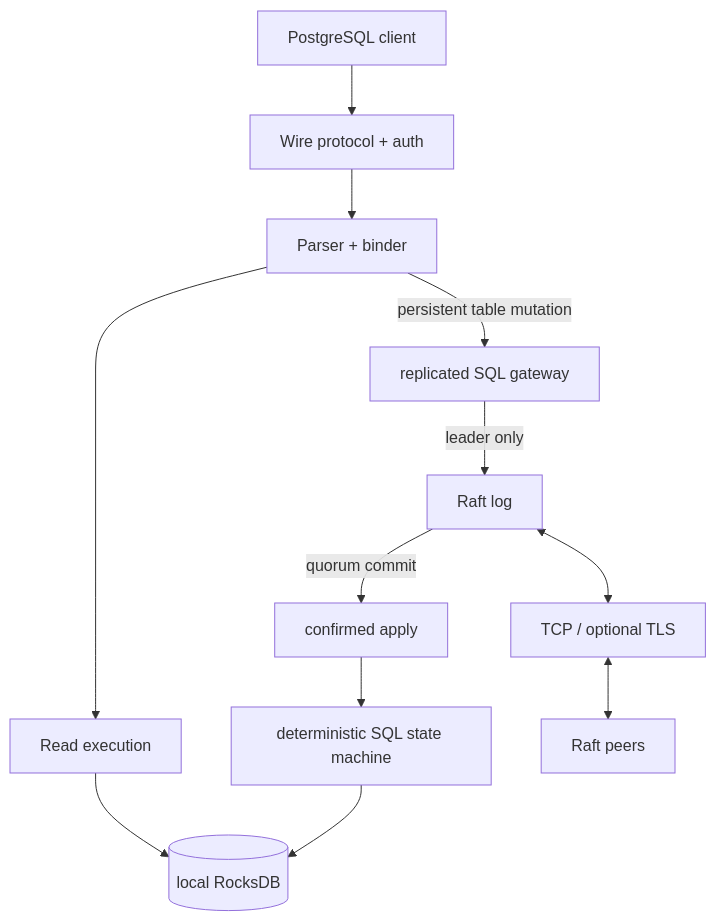
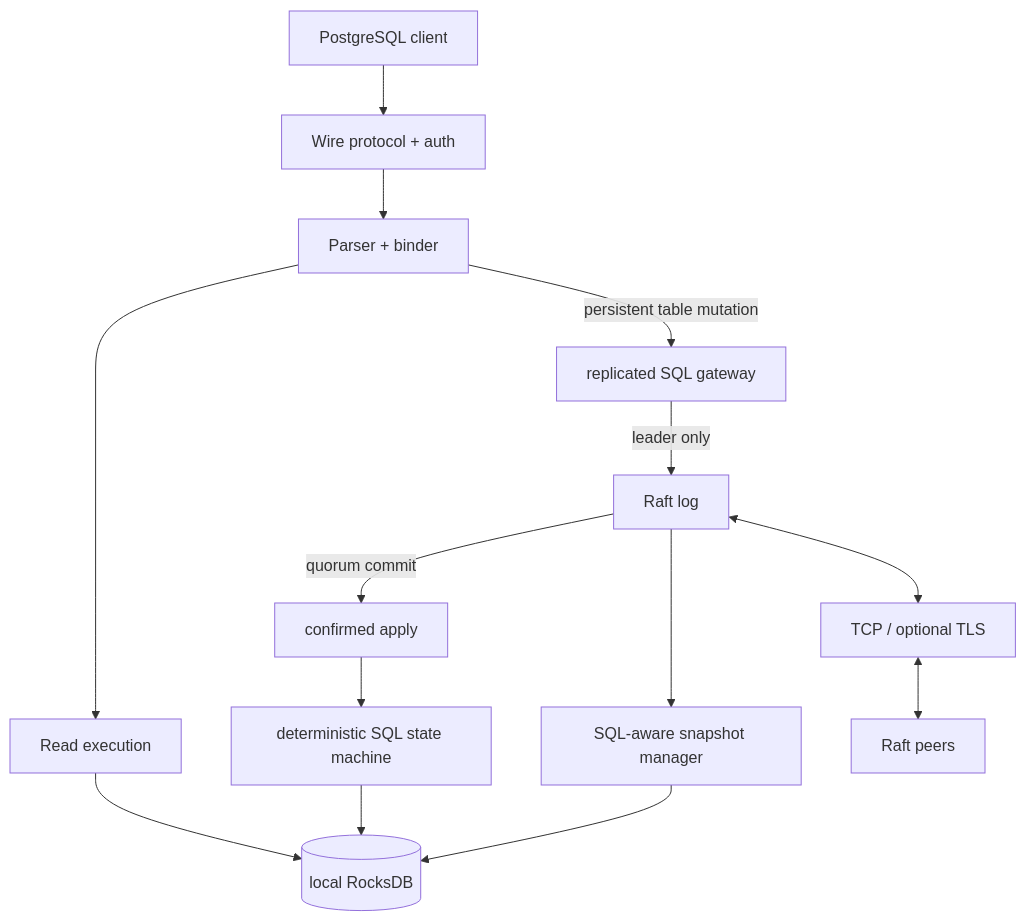
The diagram in README.md (SaridakisStamatisChristos/Neuralbase), drawn with Mermaid before and after one commit. The commit also changed other lines of this file and 13 other files, not shown here.

Commit message:
Document Phase 2 SQL snapshot recovery guarantees

````diff
--- a/README.md
+++ b/README.md
@@ -65,16 +70,18 @@
 ```mermaid
 flowchart TD
     Client[PostgreSQL client] --> Wire[Wire protocol + auth]
     Wire --> Binder[Parser + binder]
     Binder --> Read[Read execution]
     Read --> Rocks[(local RocksDB)]
 
     Binder -->|persistent table mutation| Gateway[replicated SQL gateway]
     Gateway -->|leader only| Raft[Raft log]
     Raft -->|quorum commit| Apply[confirmed apply]
     Apply --> SM[deterministic SQL state machine]
     SM --> Rocks
 
+    Raft --> Snap[SQL-aware snapshot manager]
+    Snap --> Rocks
     Raft <--> Transport[TCP / optional TLS]
     Transport <--> Peers[Raft peers]
 ```
````
